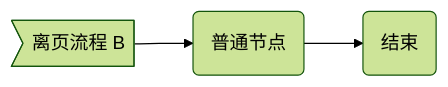
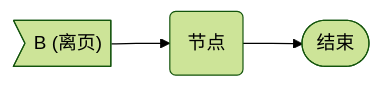
One commit to MadMaxChow/VLOOK changed the second of 5 diagrams in released/demo/guide.md. Above: the diagram before and after it, drawn with Mermaid (forest theme). The commit also changed other lines of this file and 69 other files, not shown here.

````diff
--- a/released/demo/guide.md
+++ b/released/demo/guide.md
@@ -2025,6 +2226,4 @@
 ```mermaid
 graph LR
-page2>离页流程 B] --> node2(普通节点)
-node2 --> END
-END(结束)
+outpage2>"B (离页)"] --> node2(节点) --> END([结束])
 ```
````
